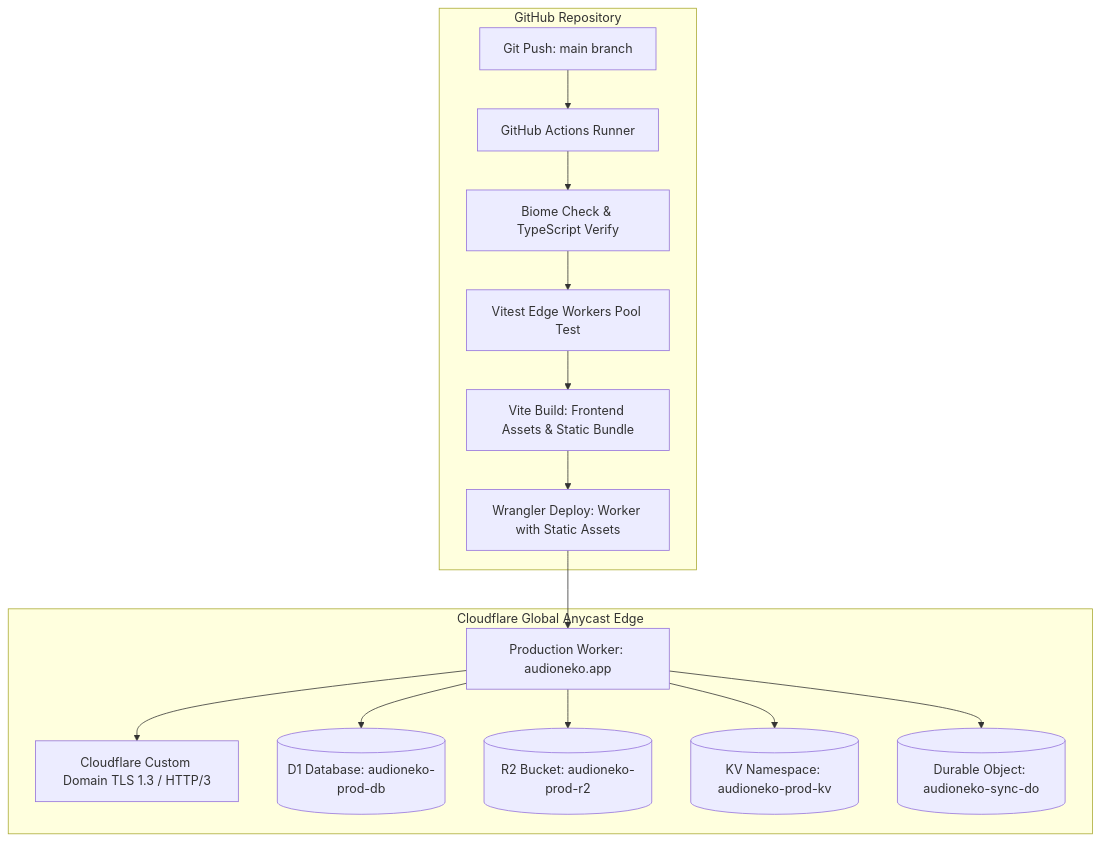
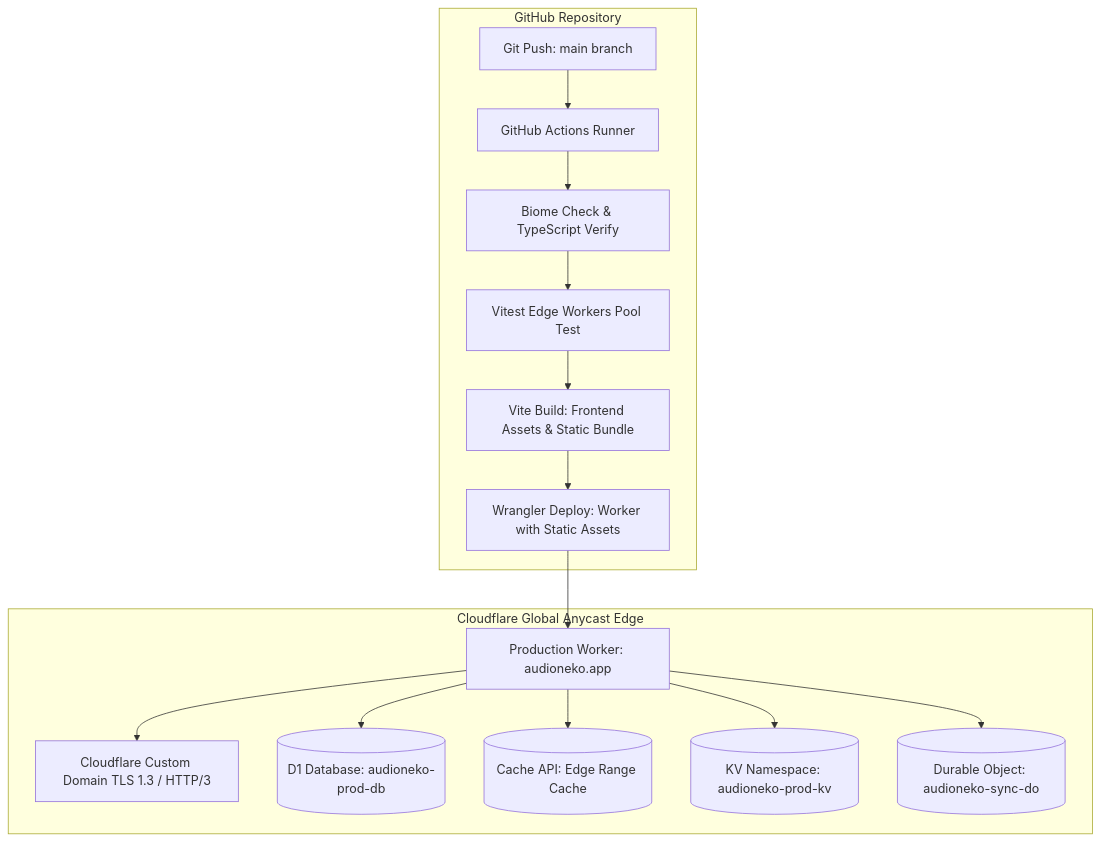
The third of 3 diagrams in PROJECT_DESIGN_DOCUMENT.md (VinayakSomvanshi/audioneko), drawn with Mermaid before and after one commit. The commit also changed other lines of this file and 3 other files, not shown here.

Commit message:
docs: finalize transition from 4-tier R2 to 3-tier zero-card streaming architecture

````diff
--- a/PROJECT_DESIGN_DOCUMENT.md
+++ b/PROJECT_DESIGN_DOCUMENT.md
@@ -739,19 +729,19 @@
 ```mermaid
 graph TD
     subgraph GitHub Repository
         A[Git Push: main branch] --> B[GitHub Actions Runner]
         B --> C[Biome Check & TypeScript Verify]
         C --> D[Vitest Edge Workers Pool Test]
         D --> E[Vite Build: Frontend Assets & Static Bundle]
         E --> F[Wrangler Deploy: Worker with Static Assets]
     end
 
     subgraph Cloudflare Global Anycast Edge
         F --> G[Production Worker: audioneko.app]
         G --> H[Cloudflare Custom Domain TLS 1.3 / HTTP/3]
         G --> I[(D1 Database: audioneko-prod-db)]
-        G --> J[(R2 Bucket: audioneko-prod-r2)]
+        G --> J[(Cache API: Edge Range Cache)]
         G --> K[(KV Namespace: audioneko-prod-kv)]
         G --> L[(Durable Object: audioneko-sync-do)]
     end
 ```
````
